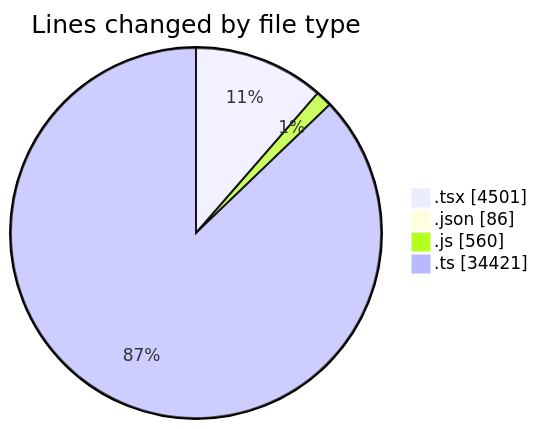
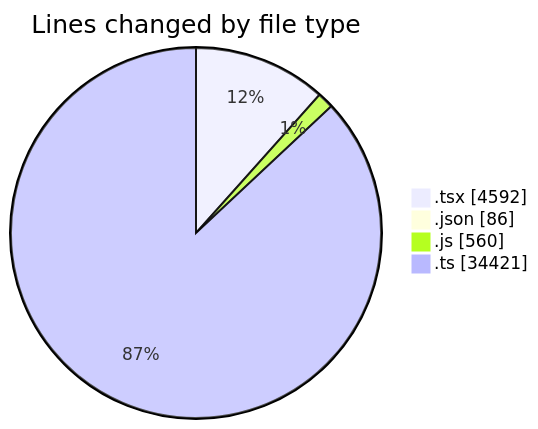
Before and after one commit to momahboobian/code-tracking: the first of 2 diagrams in 2025-11-10/cda/README.md, drawn with Mermaid. The commit also changed other lines of this file and 1 other file, not shown here.

````diff
--- a/2025-11-10/cda/README.md
+++ b/2025-11-10/cda/README.md
@@ -41,8 +42,8 @@
 ```mermaid
 pie showData
 title Lines changed by file type
-".tsx" : 4501
+".tsx" : 4592
 ".json" : 86
 ".js" : 560
 ".ts" : 34421
 ```
````
